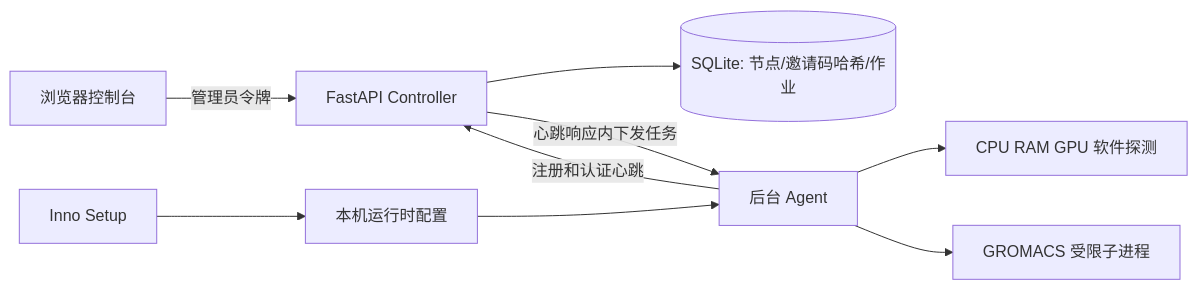
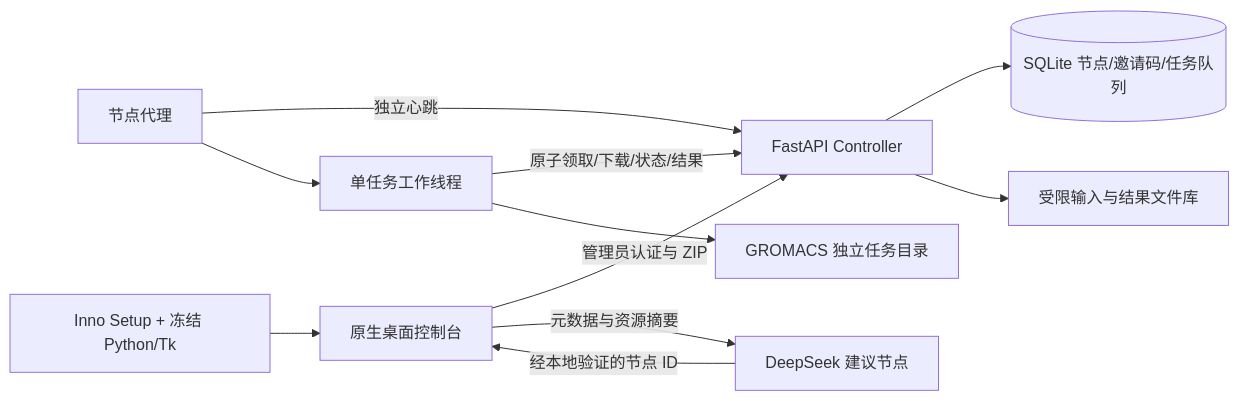
One commit to C12isme945/ChemCompute changed the diagram in docs/architecture.md. Above: the diagram before and after it, drawn with Mermaid. The commit also changed other lines of this file and 24 other files, not shown here.

````diff
--- a/docs/architecture.md
+++ b/docs/architecture.md
@@ -3,11 +3,13 @@
 ```mermaid
 flowchart LR
-  User[浏览器控制台] -->|管理员令牌| API[FastAPI Controller]
-  API --> DB[(SQLite: 节点/邀请码哈希/作业)]
-  Node[后台 Agent] -->|注册和认证心跳| API
-  API -->|心跳响应内下发任务| Node
-  Node --> HW[CPU RAM GPU 软件探测]
-  Node --> GMX[GROMACS 受限子进程]
-  Installer[Inno Setup] --> Config[本机运行时配置]
-  Config --> Node
+  User[原生桌面控制台] -->|管理员认证与 ZIP| API[FastAPI Controller]
+  User -->|元数据与资源摘要| AI[DeepSeek 建议节点]
+  AI -->|经本地验证的节点 ID| User
+  API --> DB[(SQLite 节点/邀请码/任务队列)]
+  API --> ZIP[受限输入与结果文件库]
+  Agent[节点代理] -->|独立心跳| API
+  Worker[单任务工作线程] -->|原子领取/下载/状态/结果| API
+  Agent --> Worker
+  Worker --> GMX[GROMACS 独立任务目录]
+  Installer[Inno Setup + 冻结 Python/Tk] --> User
 ```
````
